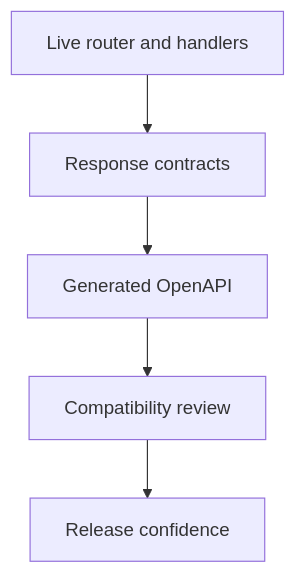
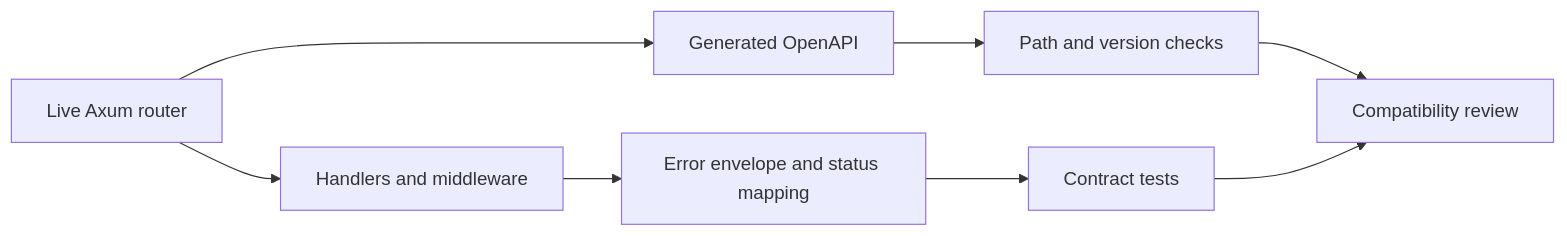
Before and after one commit to bijux/bijux-atlas: the diagram in docs/bijux-atlas/contracts/api-compatibility.md, drawn with Mermaid. The commit also changed other lines of this file and 2 other files, not shown here.

Commit message:
docs(contracts): define API and artifact evidence limits

````diff
--- a/docs/bijux-atlas/contracts/api-compatibility.md
+++ b/docs/bijux-atlas/contracts/api-compatibility.md
@@ -30,7 +16,10 @@
 ```mermaid
-flowchart TD
-    Router[Live router and handlers] --> Contracts[Response contracts]
-    Contracts --> OpenAPI[Generated OpenAPI]
-    OpenAPI --> Review[Compatibility review]
-    Review --> Release[Release confidence]
+flowchart LR
+    Router[Live Axum router] --> Behavior[Handlers and middleware]
+    Behavior --> Errors[Error envelope and status mapping]
+    Router --> OpenAPI[Generated OpenAPI]
+    OpenAPI --> Diff[Path and version checks]
+    Errors --> Tests[Contract tests]
+    Diff --> Review[Compatibility review]
+    Tests --> Review
 ```
````
